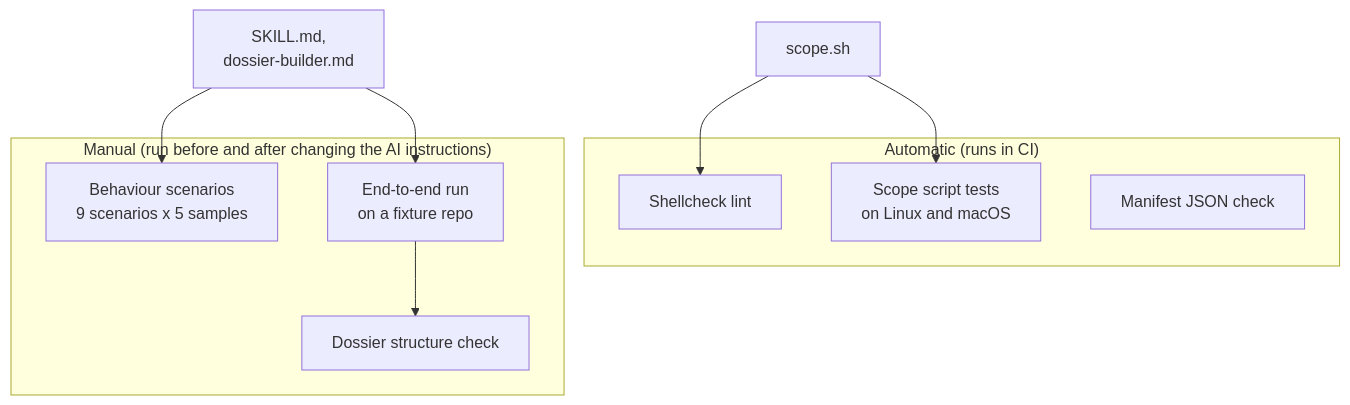
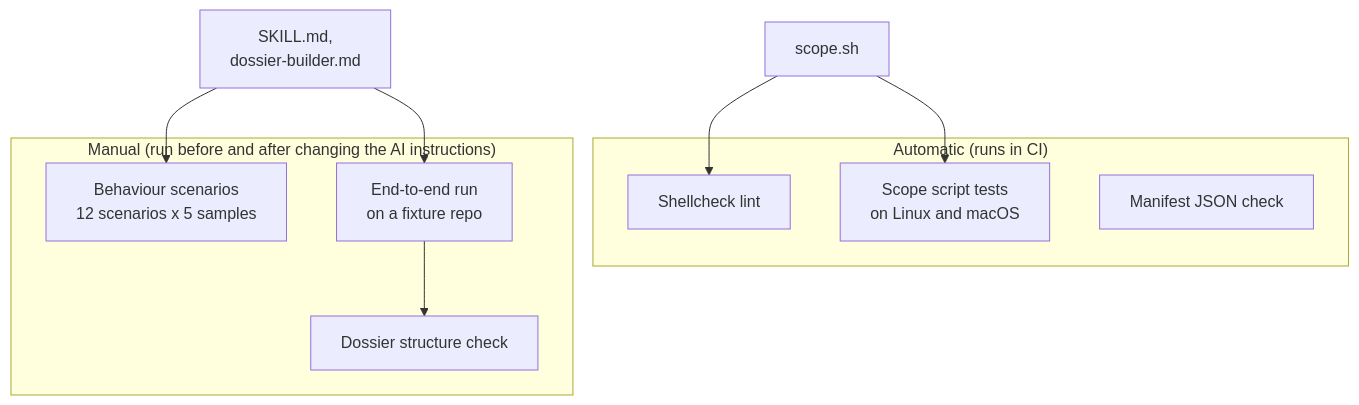
One commit to runespoor-engineering/claude-branch-interview changed the first of 3 diagrams in docs/testing.md. Above: the diagram before and after it, drawn with Mermaid. The commit also changed other lines of this file and 474 other files, not shown here.

````diff
--- a/docs/testing.md
+++ b/docs/testing.md
@@ -10,16 +10,16 @@
 ```mermaid
 flowchart TB
     subgraph Automatic["Automatic (runs in CI)"]
         L[Shellcheck lint]
         U[Scope script tests<br/>on Linux and macOS]
         J[Manifest JSON check]
     end
     subgraph Manual["Manual (run before and after changing the AI instructions)"]
         DC[Dossier structure check]
-        BT[Behaviour scenarios<br/>9 scenarios x 5 samples]
+        BT[Behaviour scenarios<br/>12 scenarios x 5 samples]
         E2E[End-to-end run<br/>on a fixture repo]
     end
     Code[scope.sh] --> L & U
     Skill[SKILL.md,<br/>dossier-builder.md] --> BT & E2E
     E2E --> DC
 ```
````
